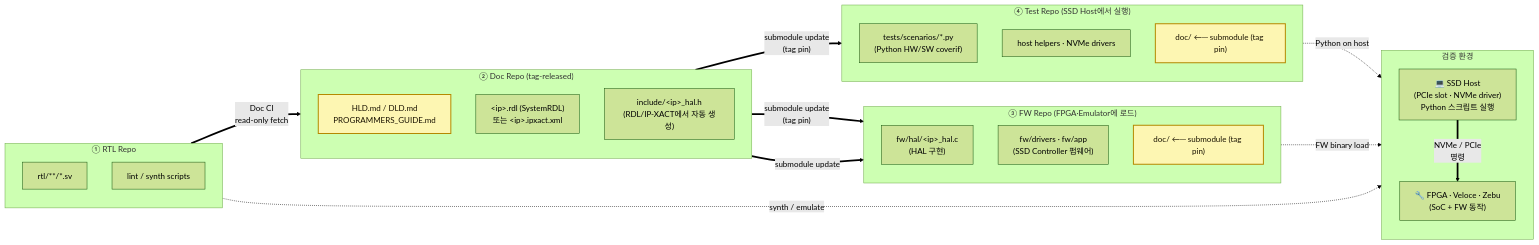
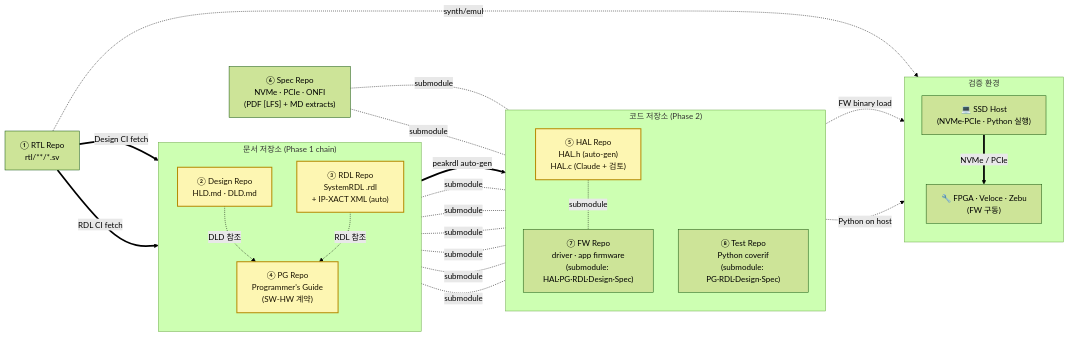
The diagram in docs/proposal/02-proposal.md (k31001/ssd-soc-cfg-mngt), drawn with Mermaid (forest theme) before and after one commit. The commit also changed other lines of this file and 8 other files, not shown here.

````diff
--- a/docs/proposal/02-proposal.md
+++ b/docs/proposal/02-proposal.md
@@ -13,46 +15,49 @@
 ```mermaid
 flowchart LR
-    subgraph R1["① RTL Repo"]
+    R1["① RTL Repo<br/>rtl/**/*.sv"]
+    RS["⑥ Spec Repo<br/>NVMe · PCIe · ONFI<br/>(PDF [LFS] + MD extracts)"]
+
+    subgraph DOCS["문서 저장소 (Phase 1 chain)"]
       direction TB
-      r1a[rtl/**/*.sv]
-      r1b["lint / synth scripts"]
+      R2["② Design Repo<br/>HLD.md · DLD.md"]:::contract
+      R3["③ RDL Repo<br/>SystemRDL .rdl<br/>+ IP-XACT XML (auto)"]:::contract
+      R4["④ PG Repo<br/>Programmer's Guide<br/>(SW-HW 계약)"]:::contract
     end
 
-    subgraph R2["② Doc Repo (tag-released)"]
+    subgraph CODE["코드 저장소 (Phase 2)"]
       direction TB
-      r2a["HLD.md / DLD.md<br/>PROGRAMMERS_GUIDE.md"]:::contract
-      r2b["&lt;ip&gt;.rdl (SystemRDL)<br/>또는 &lt;ip&gt;.ipxact.xml"]
-      r2c["include/&lt;ip&gt;_hal.h<br/>(RDL/IP-XACT에서 자동 생성)"]
+      R5["⑤ HAL Repo<br/>HAL.h (auto-gen)<br/>HAL.c (Claude + 검토)"]:::contract
+      R6["⑦ FW Repo<br/>driver · app firmware<br/>(submodule: HAL·PG·RDL·Design·Spec)"]
+      R7["⑧ Test Repo<br/>Python coverif<br/>(submodule: PG·RDL·Design·Spec)"]
     end
 
-    subgraph R3["③ FW Repo (FPGA·Emulator에 로드)"]
+    subgraph ENV["검증 환경"]
       direction TB
-      r3a["fw/hal/&lt;ip&gt;_hal.c<br/>(HAL 구현)"]
-      r3b["fw/drivers · fw/app<br/>(SSD Controller 펌웨어)"]
-      r3c["doc/ ←─ submodule (tag pin)"]:::contract
+      PLAT["🔧 FPGA · Veloce · Zebu<br/>(FW 구동)"]
+      HOST["💻 SSD Host<br/>(NVMe·PCIe · Python 실행)"]
     end
 
-    subgraph R4["④ Test Repo (SSD Host에서 실행)"]
-      direction TB
-      r4a["tests/scenarios/*.py<br/>(Python HW/SW coverif)"]
-      r4b["host helpers · NVMe drivers"]
-      r4c["doc/ ←─ submodule (tag pin)"]:::contract
-    end
+    R1 ==>|"Design CI fetch"| R2
+    R1 ==>|"RDL CI fetch"| R3
+    R2 -.->|"DLD 참조"| R4
+    R3 -.->|"RDL 참조"| R4
+    R3 ==>|"peakrdl auto-gen"| R5
 
-    subgraph HW["검증 환경"]
-      direction TB
-      HOST["💻 SSD Host<br/>(PCIe slot · NVMe driver)<br/>Python 스크립트 실행"]
-      PLAT["🔧 FPGA · Veloce · Zebu<br/>(SoC + FW 동작)"]
-    end
+    R5 -.submodule.- R6
+    R4 -.submodule.- R6
+    R3 -.submodule.- R6
+    R2 -.submodule.- R6
+    RS -.submodule.- R6
 
-    r1a -. "synth / emulate" .-> PLAT
-    r1a ==>|"Doc CI<br/>read-only fetch"| r2a
-    r2a ==>|"submodule update<br/>(tag pin)"| r3c
-    r2c ==>|"submodule update"| r3a
-    r2a ==>|"submodule update<br/>(tag pin)"| r4c
-    r3a -. "FW binary load" .-> PLAT
-    r4a -. "Python on host" .-> HOST
-    HOST ==>|"NVMe / PCIe<br/>명령"| PLAT
+    R4 -.submodule.- R7
+    R3 -.submodule.- R7
+    R2 -.submodule.- R7
+    RS -.submodule.- R7
+
+    R1 -. synth/emul .-> PLAT
+    R6 -. FW binary load .-> PLAT
+    R7 -. Python on host .-> HOST
+    HOST ==>|"NVMe / PCIe"| PLAT
 
     classDef contract fill:#fdf6b2,stroke:#b58900,stroke-width:2px,color:#1a1300;
 ```
````
